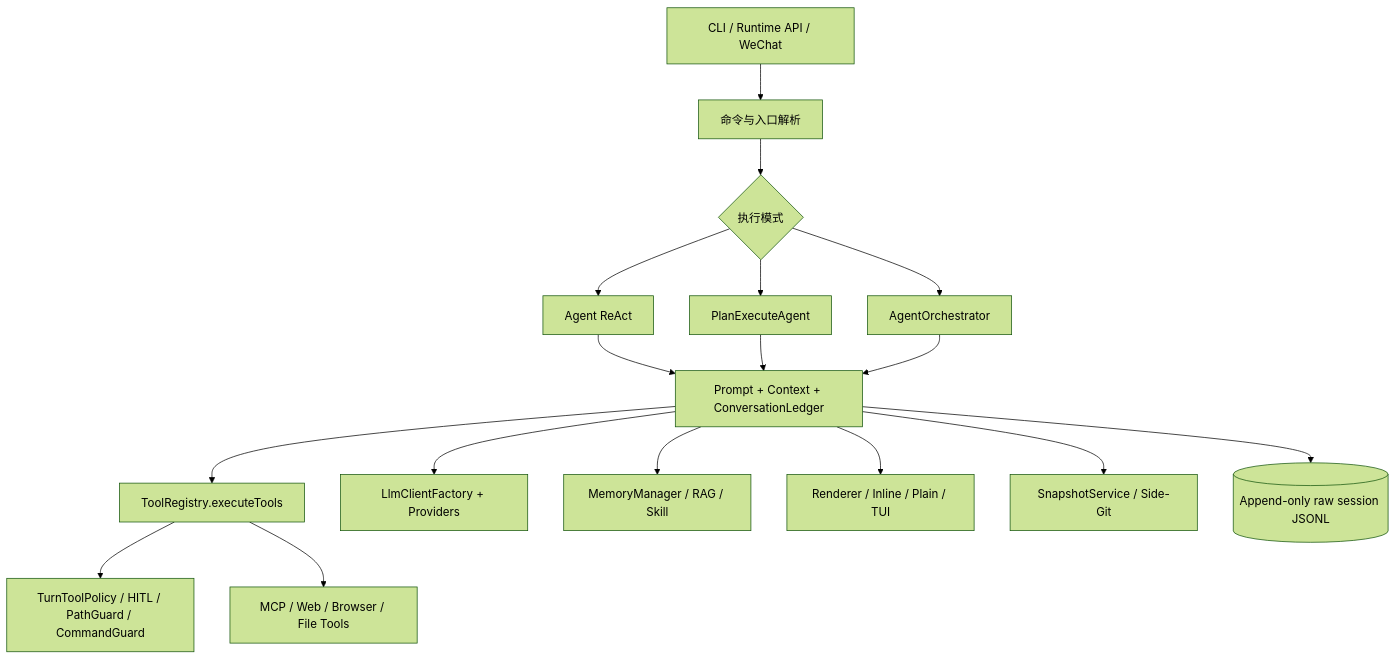
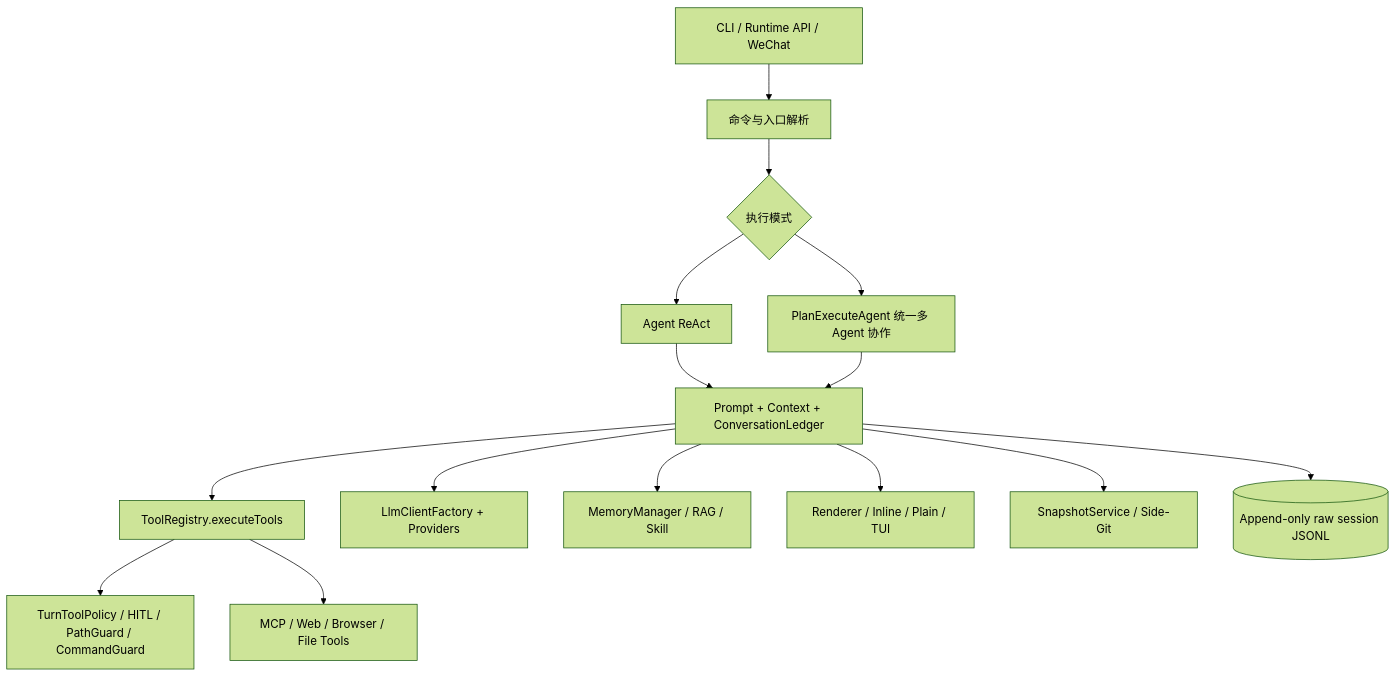
One commit to zgjdev/Code-Agent changed the second of 3 diagrams in AGENTS.md. Above: the diagram before and after it, drawn with Mermaid (forest theme). The commit also changed other lines of this file and 42 other files, not shown here.

First line of the commit message:
refactor: unify plan-and-execute with multi-agent collaboration

````diff
--- a/AGENTS.md
+++ b/AGENTS.md
@@ -66,19 +66,17 @@
 ```mermaid
 graph TB
     CLI[CLI / Runtime API / WeChat] --> ROUTE[命令与入口解析]
     ROUTE --> MODE{执行模式}
     MODE --> REACT[Agent ReAct]
-    MODE --> PLAN[PlanExecuteAgent]
-    MODE --> TEAM[AgentOrchestrator]
+    MODE --> PLAN[PlanExecuteAgent 统一多 Agent 协作]
     REACT --> CORE[Prompt + Context + ConversationLedger]
     PLAN --> CORE
-    TEAM --> CORE
     CORE --> TOOLS[ToolRegistry.executeTools]
     TOOLS --> POLICY[TurnToolPolicy / HITL / PathGuard / CommandGuard]
     TOOLS --> MCP[MCP / Web / Browser / File Tools]
     CORE --> LLM[LlmClientFactory + Providers]
     CORE --> MEMORY[MemoryManager / RAG / Skill]
     CORE --> RENDER[Renderer / Inline / Plain / TUI]
     CORE --> SNAP[SnapshotService / Side-Git]
     CORE --> LEDGER[(Append-only raw session JSONL)]
 ```
````
